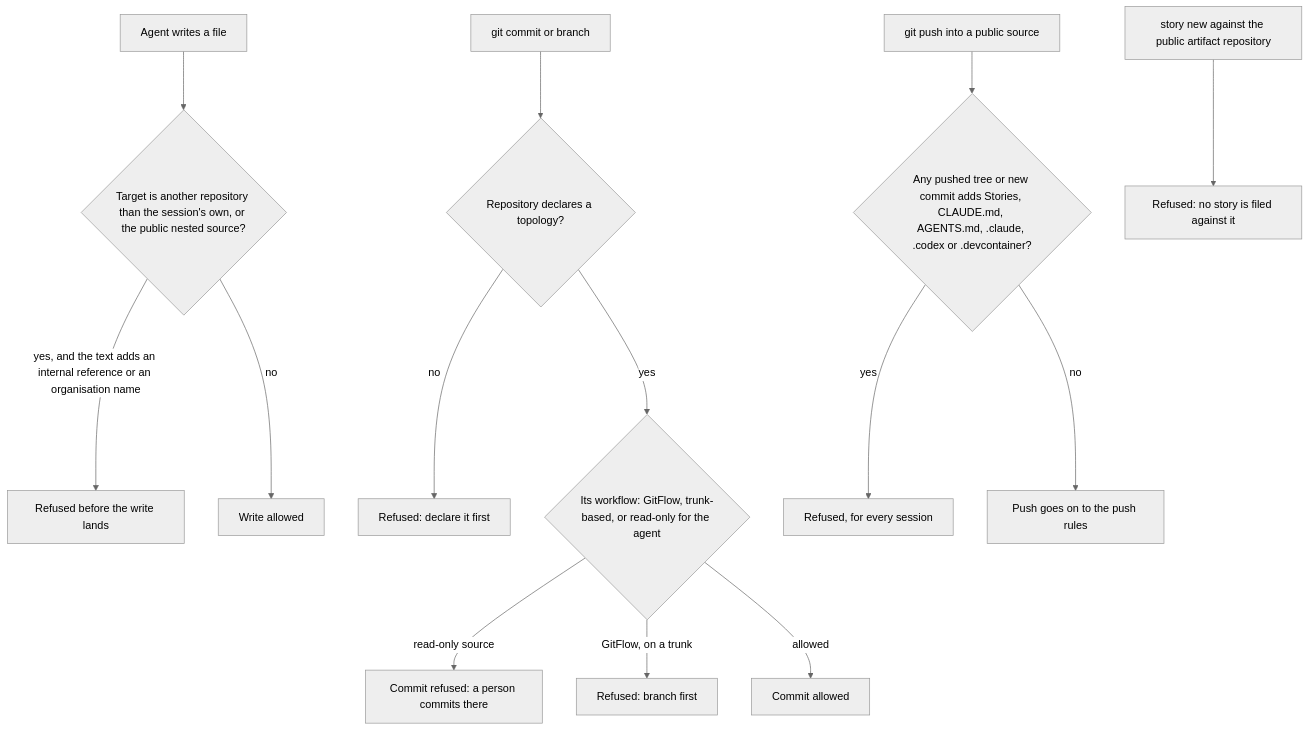
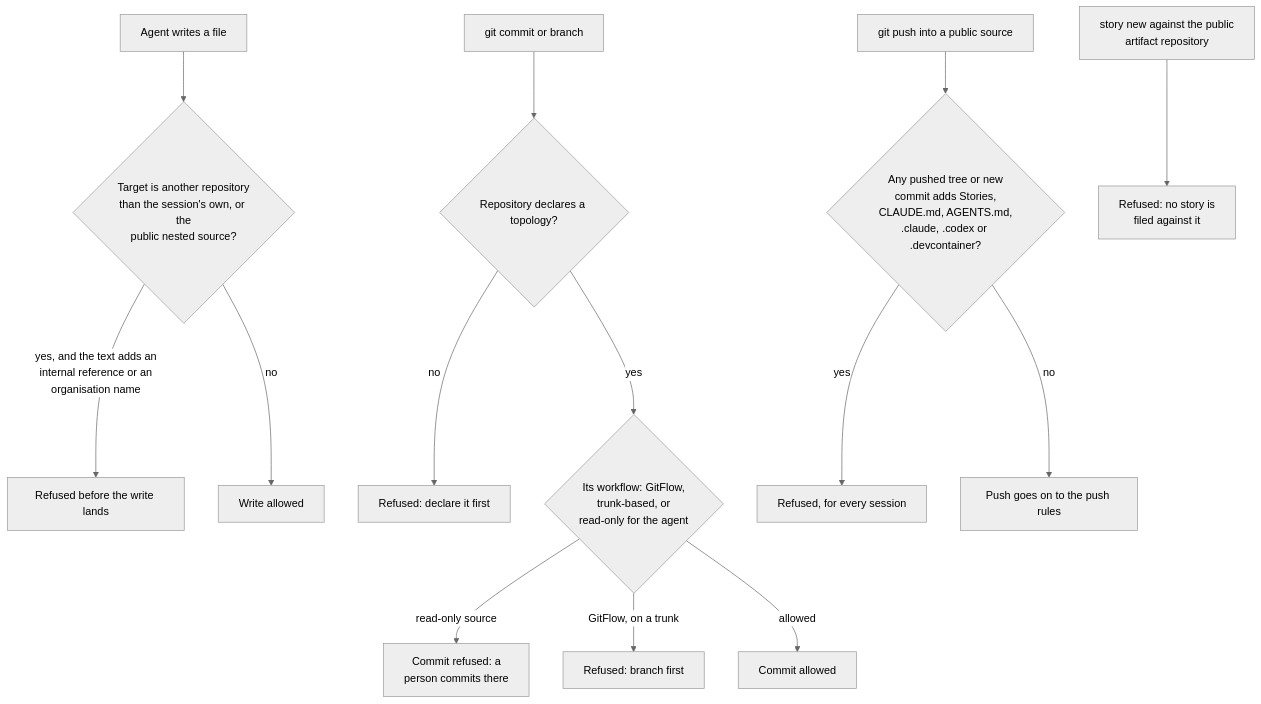
One commit to DogmaSolutions/Kyklos changed the diagram in docs/TOPOLOGIES.md. Above: the diagram before and after it, drawn with Mermaid (neutral theme). The commit also changed 38 other files, not shown here.

````diff
--- a/docs/TOPOLOGIES.md
+++ b/docs/TOPOLOGIES.md
@@ -25,16 +25,16 @@
 ```mermaid
 flowchart TD
-    W["Agent writes a file"] --> B1{"Target is another repository than the session's own, or the public nested source?"}
-    B1 -->|"yes, and the text adds an internal reference or an organisation name"| X1["Refused before the write lands"]
+    W["Agent writes a file"] --> B1{"Target is another repository<br/>than the session's own, or the<br/>public nested source?"}
+    B1 -->|"yes, and the text adds an<br/>internal reference or an<br/>organisation name"| X1["Refused before the write lands"]
     B1 -->|"no"| OK1["Write allowed"]
     C["git commit or branch"] --> M{"Repository declares a topology?"}
     M -->|"no"| X2["Refused: declare it first"]
-    M -->|"yes"| WF{"Its workflow: GitFlow, trunk-based, or read-only for the agent"}
-    WF -->|"read-only source"| X3["Commit refused: a person commits there"]
+    M -->|"yes"| WF{"Its workflow: GitFlow,<br/>trunk-based, or<br/>read-only for the agent"}
+    WF -->|"read-only source"| X3["Commit refused: a<br/>person commits there"]
     WF -->|"GitFlow, on a trunk"| X4["Refused: branch first"]
     WF -->|"allowed"| OK2["Commit allowed"]
-    P["git push into a public source"] --> A{"Any pushed tree or new commit adds Stories, CLAUDE.md, AGENTS.md, .claude, .codex or .devcontainer?"}
+    P["git push into a public source"] --> A{"Any pushed tree or new<br/>commit adds Stories,<br/>CLAUDE.md, AGENTS.md,<br/>.claude, .codex or .devcontainer?"}
     A -->|"yes"| X5["Refused, for every session"]
     A -->|"no"| OK3["Push goes on to the push rules"]
-    S["story new against the public artifact repository"] --> X6["Refused: no story is filed against it"]
+    S["story new against the public<br/>artifact repository"] --> X6["Refused: no story is<br/>filed against it"]
 ```
````
